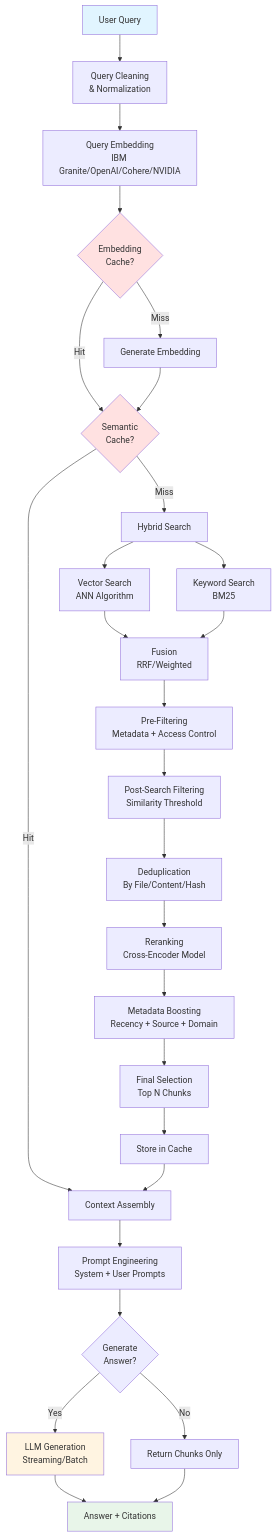
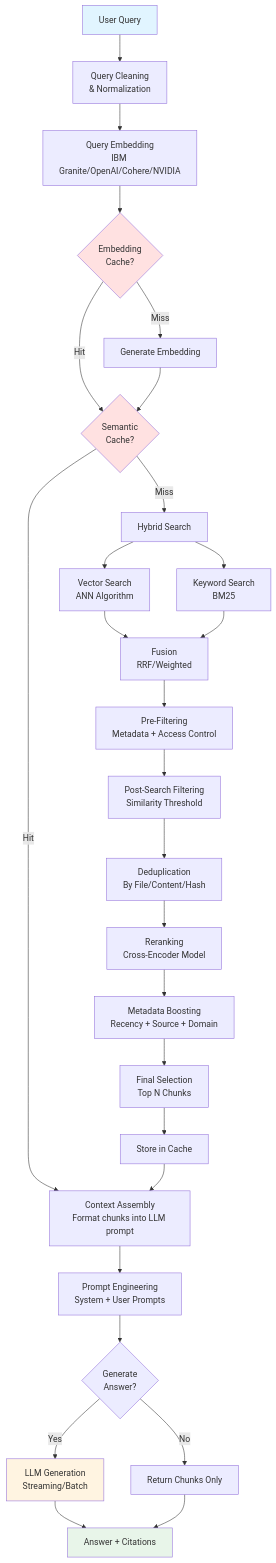
The second of 5 diagrams in Enterprise_RAG_Architecture_Guide.md (pravinbhat/pravinbhat.github.io), drawn with Mermaid before and after one commit. The commit also changed other lines of this file, not shown here.

Commit message:
Removed pipeline overview as its obvious in the diagram

````diff
--- a/Enterprise_RAG_Architecture_Guide.md
+++ b/Enterprise_RAG_Architecture_Guide.md
@@ -579,38 +579,38 @@
 ```mermaid
 graph TD
     A[User Query] --> B[Query Cleaning<br/>& Normalization]
     B --> C[Query Embedding<br/>IBM Granite/OpenAI/Cohere/NVIDIA]
     C --> D{Embedding<br/>Cache?}
     D -->|Hit| E{Semantic<br/>Cache?}
     D -->|Miss| C1[Generate Embedding]
     C1 --> E
-    E -->|Hit| M[Context Assembly]
+    E -->|Hit| M[Context Assembly<br/>Format chunks into LLM prompt]
     E -->|Miss| F[Hybrid Search]
     
     F --> G[Vector Search<br/>ANN Algorithm]
     F --> H[Keyword Search<br/>BM25]
     
     G --> I[Fusion<br/>RRF/Weighted]
     H --> I
     
     I --> J[Pre-Filtering<br/>Metadata + Access Control]
     J --> K[Post-Search Filtering<br/>Similarity Threshold]
     K --> L[Deduplication<br/>By File/Content/Hash]
     L --> N[Reranking<br/>Cross-Encoder Model]
     N --> O[Metadata Boosting<br/>Recency + Source + Domain]
     O --> P[Final Selection<br/>Top N Chunks]
     P --> Q[Store in Cache]
     Q --> M
     M --> R[Prompt Engineering<br/>System + User Prompts]
     R --> S{Generate<br/>Answer?}
     S -->|Yes| T[LLM Generation<br/>Streaming/Batch]
     S -->|No| U[Return Chunks Only]
     T --> V[Answer + Citations]
     U --> V
     
     style A fill:#e1f5ff
     style V fill:#e8f5e9
     style D fill:#ffe1e1
     style E fill:#ffe1e1
     style T fill:#fff4e1
 ```
````
